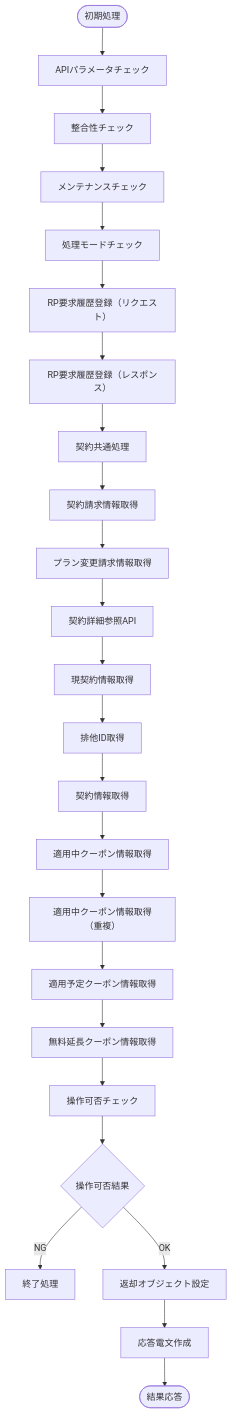
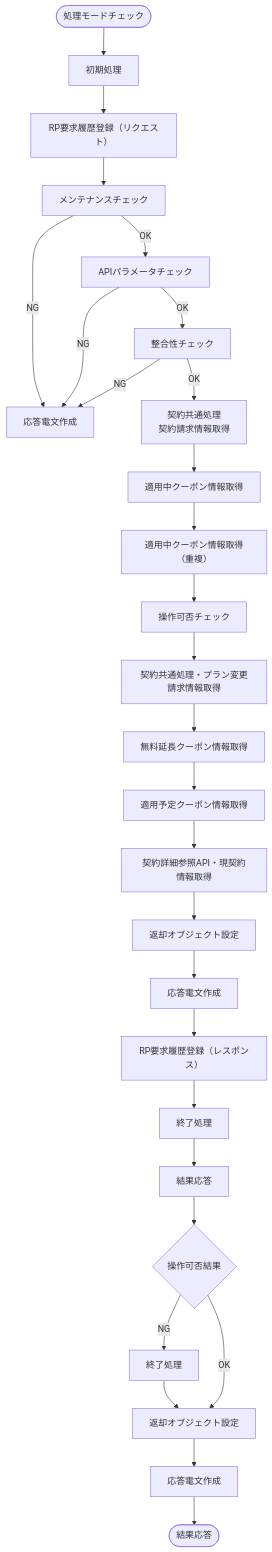
The diagram in flowchart_full_v2.md (konhiro3/test_kon), drawn with Mermaid before and after one commit. The commit also changed 3 other files, not shown here.

````diff
--- a/flowchart_full_v2.md
+++ b/flowchart_full_v2.md
@@ -5,27 +5,34 @@
 ```mermaid
 flowchart TD
-    Start([初期処理])
-    Start --> A[APIパラメータチェック]
-    A --> B[整合性チェック]
-    B --> C[メンテナンスチェック]
-    C --> D[処理モードチェック]
-    D --> E[RP要求履歴登録（リクエスト）]
-    E --> F[RP要求履歴登録（レスポンス）]
-    F --> G[契約共通処理]
-    G --> H[契約請求情報取得]
-    H --> I[プラン変更請求情報取得]
-    I --> J[契約詳細参照API]
-    J --> K[現契約情報取得]
-    K --> L[排他ID取得]
-    L --> M[契約情報取得]
-    M --> N[適用中クーポン情報取得]
-    N --> O[適用中クーポン情報取得（重複）]
-    O --> P[適用予定クーポン情報取得]
-    P --> Q[無料延長クーポン情報取得]
-    Q --> R[操作可否チェック]
+    Start([処理モードチェック
+    ])
+    Start --> B2[初期処理]
+    B2 --> B3[RP要求履歴登録（リクエスト）]
+    B3 --> C[メンテナンスチェック]
+    
+    C -- NG --> O1[応答電文作成]
+    C -- OK --> D[APIパラメータチェック]
+    D -- NG --> O1[応答電文作成]
+    D -- OK --> E[整合性チェック]
+    E -- NG --> O1[応答電文作成]
+    E -- OK --> F[契約共通処理<br>契約請求情報取得]
+    F --> G[適用中クーポン情報取得]
+    G --> H[適用中クーポン情報取得（重複）]
+    H --> I[操作可否チェック]
+    I --> J[契約共通処理・プラン変更請求情報取得]
+
+    J --> K[無料延長クーポン情報取得]
+    K --> L[適用予定クーポン情報取得]
+    L --> M[契約詳細参照API・現契約情報取得]
+    M --> N[返却オブジェクト設定]
+    N --> O[応答電文作成]
+    O --> P[RP要求履歴登録（レスポンス）]
+    P --> Q[終了処理]   
+    Q --> R[結果応答]
     R --> S{操作可否結果}
     S -- NG --> T1[終了処理]
+    T1 --> T2
     S -- OK --> T2[返却オブジェクト設定]
     T2 --> U[応答電文作成]
     U --> End([結果応答])
 ```
````
